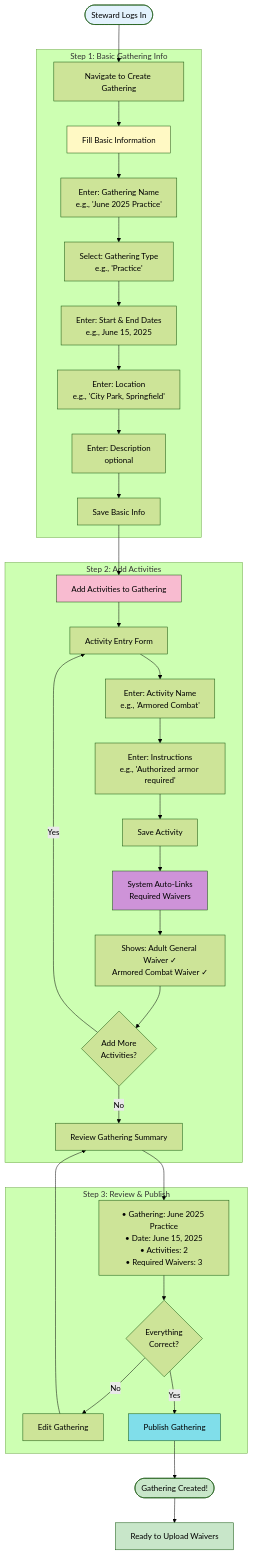
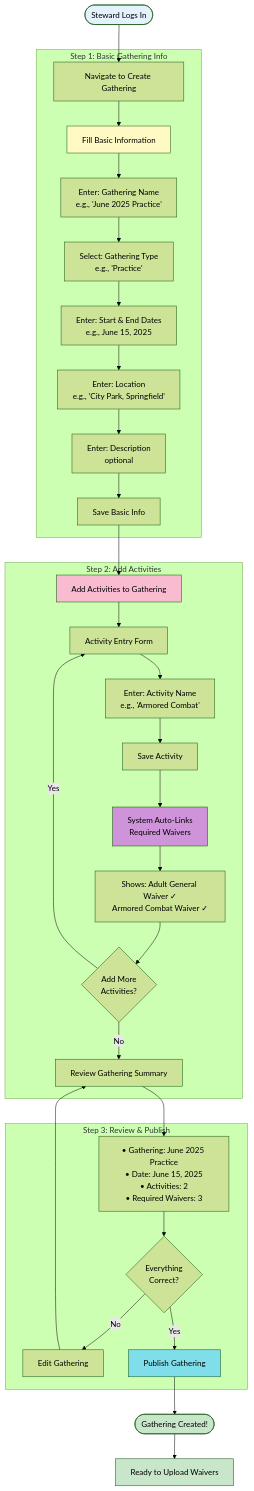
One commit to Ansteorra/KMP changed the second of 3 diagrams in specs/001-build-out-waiver/USER_FLOWS.md. Above: the diagram before and after it, drawn with Mermaid (forest theme). The commit also changed 193 other files, not shown here.

````diff
--- a/specs/001-build-out-waiver/USER_FLOWS.md
+++ b/specs/001-build-out-waiver/USER_FLOWS.md
@@ -83,47 +83,46 @@
 ```mermaid
 flowchart TD
     Start([Steward Logs In]) --> NavCreate[Navigate to Create Gathering]
     
     subgraph "Step 1: Basic Gathering Info"
         NavCreate --> FormBasic[Fill Basic Information]
         FormBasic --> InputName["Enter: Gathering Name<br/>e.g., 'June 2025 Practice'"]
         InputName --> SelectType["Select: Gathering Type<br/>e.g., 'Practice'"]
         SelectType --> InputDates["Enter: Start & End Dates<br/>e.g., June 15, 2025"]
         InputDates --> InputLocation["Enter: Location<br/>e.g., 'City Park, Springfield'"]
         InputLocation --> InputDesc[Enter: Description<br/>optional]
         InputDesc --> SaveBasic[Save Basic Info]
     end
     
     subgraph "Step 2: Add Activities"
         SaveBasic --> AddActivities[Add Activities to Gathering]
         AddActivities --> ActivityForm[Activity Entry Form]
         ActivityForm --> InputActivity["Enter: Activity Name<br/>e.g., 'Armored Combat'"]
-        InputActivity --> InputInstructions["Enter: Instructions<br/>e.g., 'Authorized armor required'"]
-        InputInstructions --> SaveActivity[Save Activity]
+        InputActivity --> SaveActivity[Save Activity]
         SaveActivity --> AutoLink[System Auto-Links<br/>Required Waivers]
         AutoLink --> ShowRequired["Shows: Adult General Waiver ✓<br/>Armored Combat Waiver ✓"]
         ShowRequired --> MoreAct{Add More<br/>Activities?}
         MoreAct -->|Yes| ActivityForm
         MoreAct -->|No| ReviewGathering
     end
     
     subgraph "Step 3: Review & Publish"
         ReviewGathering[Review Gathering Summary]
         ReviewGathering --> Summary["• Gathering: June 2025 Practice<br/>• Date: June 15, 2025<br/>• Activities: 2<br/>• Required Waivers: 3"]
         Summary --> Confirm{Everything<br/>Correct?}
         Confirm -->|No| EditGathering[Edit Gathering]
         EditGathering --> ReviewGathering
         Confirm -->|Yes| Publish[Publish Gathering]
     end
     
     Publish --> Complete2([Gathering Created!])
     Complete2 --> ReadyForWaivers[Ready to Upload Waivers]
     
     style Start fill:#e3f2fd
     style Complete2 fill:#c8e6c9
     style ReadyForWaivers fill:#c8e6c9
     style FormBasic fill:#fff9c4
     style AddActivities fill:#f8bbd0
     style AutoLink fill:#ce93d8
     style Publish fill:#80deea
 ```
````
